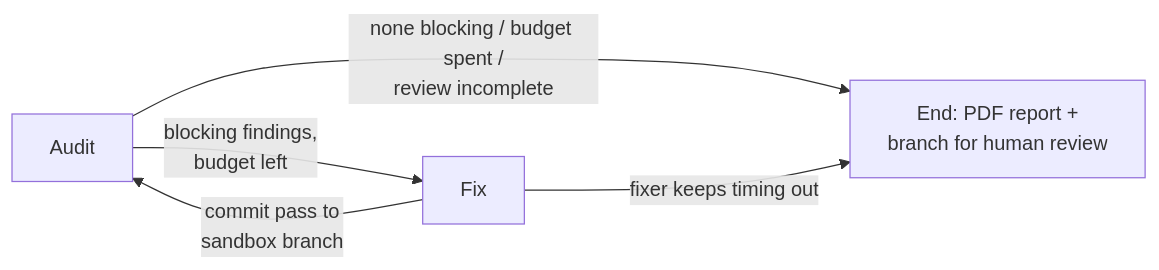
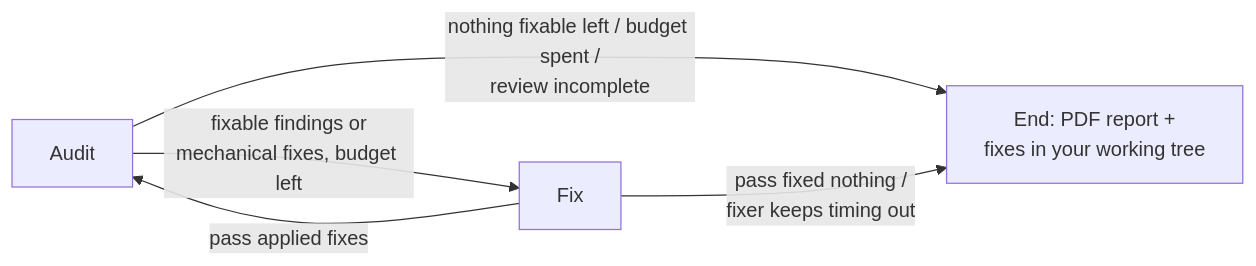
The diagram in README.md (Namidok/ZweiGeeks), drawn with Mermaid before and after one commit. The commit also changed other lines of this file and 6 other files, not shown here.

````diff
--- a/README.md
+++ b/README.md
@@ -17,7 +19,7 @@
 ```mermaid
 flowchart LR
-    A[Audit] -->|blocking findings,<br/>budget left| F[Fix]
-    F -->|commit pass to<br/>sandbox branch| A
-    A -->|none blocking / budget spent /<br/>review incomplete| E[End: PDF report +<br/>branch for human review]
-    F -->|fixer keeps timing out| E
+    A[Audit] -->|fixable findings or<br/>mechanical fixes, budget left| F[Fix]
+    F -->|pass applied fixes| A
+    A -->|nothing fixable left / budget spent /<br/>review incomplete| E[End: PDF report +<br/>fixes in your working tree]
+    F -->|pass fixed nothing /<br/>fixer keeps timing out| E
 ```
````
